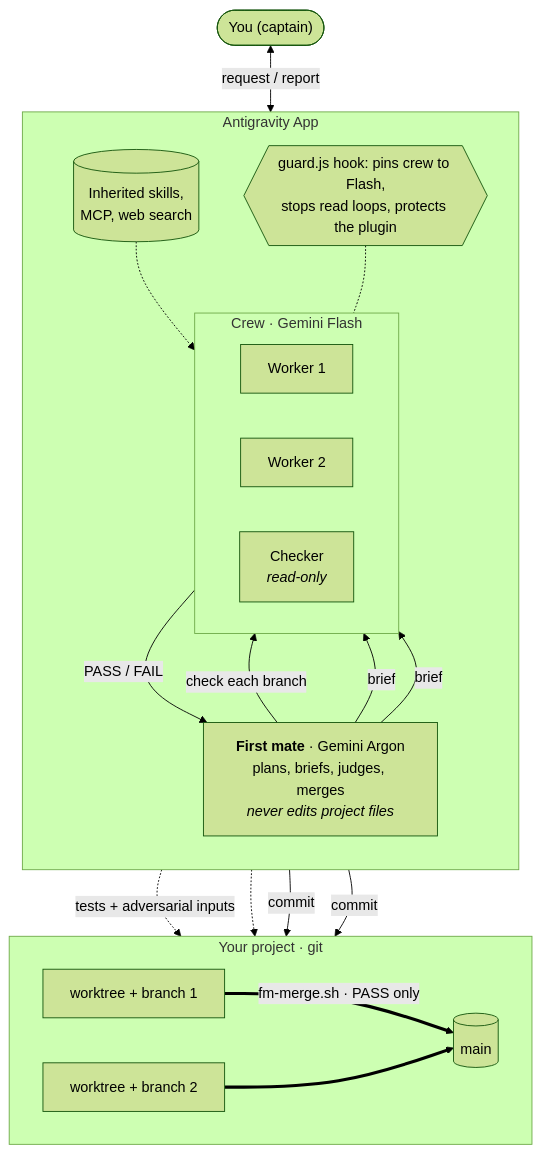
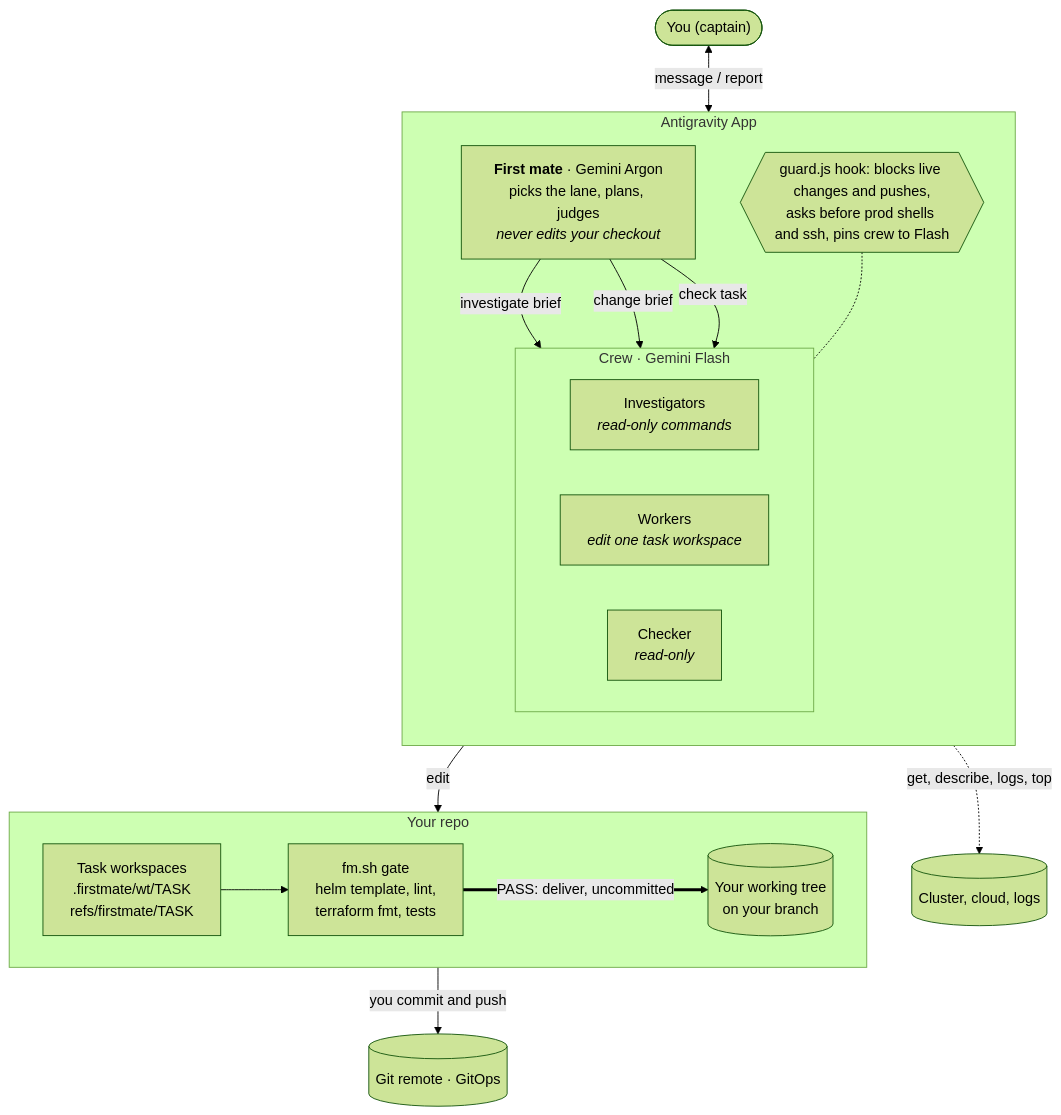
One commit to cuongtt0201/antigravity-firstmate changed the diagram in README.md. Above: the diagram before and after it, drawn with Mermaid (forest theme). The commit also changed other lines of this file and 18 other files, not shown here.

First line of the commit message:
v0.8.0: everyday mode (ask, investigate, change) with the model's own workspace

````diff
--- a/README.md
+++ b/README.md
@@ -16,38 +14,37 @@
 ```mermaid
 flowchart TB
   you(["You (captain)"])
 
   subgraph app["Antigravity App"]
     direction TB
-    fm["<b>First mate</b> · Gemini Argon<br/>plans, briefs, judges, merges<br/><i>never edits project files</i>"]
+    fm["<b>First mate</b> · Gemini Argon<br/>picks the lane, plans, judges<br/><i>never edits your checkout</i>"]
     subgraph crew["Crew · Gemini Flash"]
       direction LR
-      w1["Worker 1"]
-      w2["Worker 2"]
+      inv["Investigators<br/><i>read-only commands</i>"]
+      wk["Workers<br/><i>edit one task workspace</i>"]
       ck["Checker<br/><i>read-only</i>"]
     end
-    caps[("Inherited skills,<br/>MCP, web search")]
-    guard{{"guard.js hook: pins crew to Flash,<br/>stops read loops, protects the plugin"}}
+    guard{{"guard.js hook: blocks live changes and pushes,<br/>asks before prod shells and ssh, pins crew to Flash"}}
   end
 
-  subgraph repo["Your project · git"]
+  subgraph repo["Your repo"]
     direction LR
-    wt1["worktree + branch 1"]
-    wt2["worktree + branch 2"]
-    main[("main")]
+    wt["Task workspaces<br/>.firstmate/wt/TASK<br/>refs/firstmate/TASK"]
+    gate["fm.sh gate<br/>helm template, lint,<br/>terraform fmt, tests"]
+    tree[("Your working tree<br/>on your branch")]
   end
 
-  you <-->|"request / report"| fm
-  fm -->|"check each branch"| ck
-  ck -->|"PASS / FAIL"| fm
-  fm -->|brief| w2
-  fm -->|brief| w1
-  caps -.-> crew
+  live[("Cluster, cloud, logs")]
+  remote[("Git remote · GitOps")]
+
+  you <-->|"message / report"| fm
+  fm -->|"investigate brief"| inv
+  fm -->|"change brief"| wk
+  fm -->|"check task"| ck
+  inv -.->|"get, describe, logs, top"| live
+  wk -->|"edit"| wt
+  wt --> gate
+  gate ==>|"PASS: deliver, uncommitted"| tree
+  tree -->|"you commit and push"| remote
   guard -.- crew
-  ck -.->|"tests + adversarial inputs"| wt2
-  ck -.-> wt1
-  w2 -->|commit| wt2
-  w1 -->|commit| wt1
-  wt1 ==>|"fm-merge.sh · PASS only"| main
-  wt2 ==> main
 ```
````
